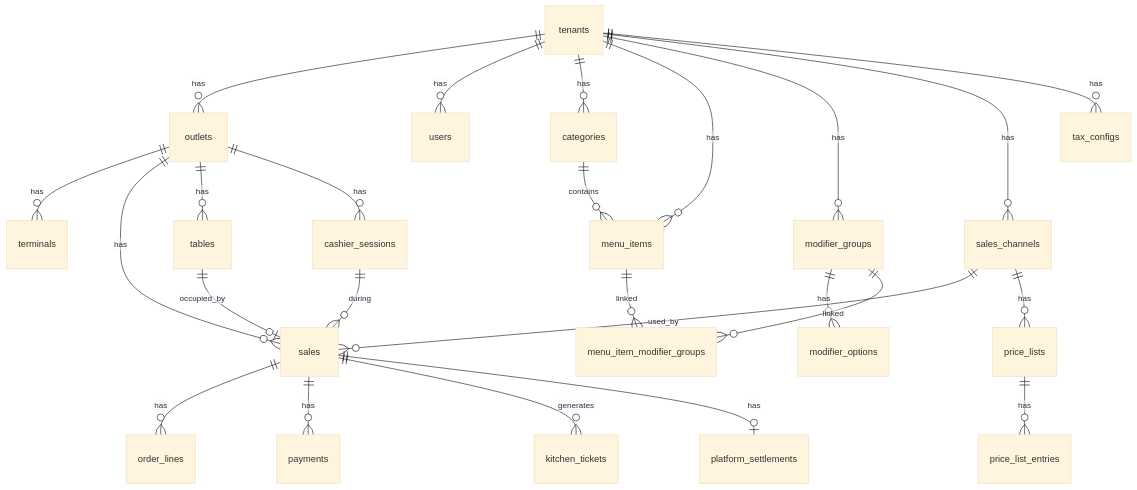
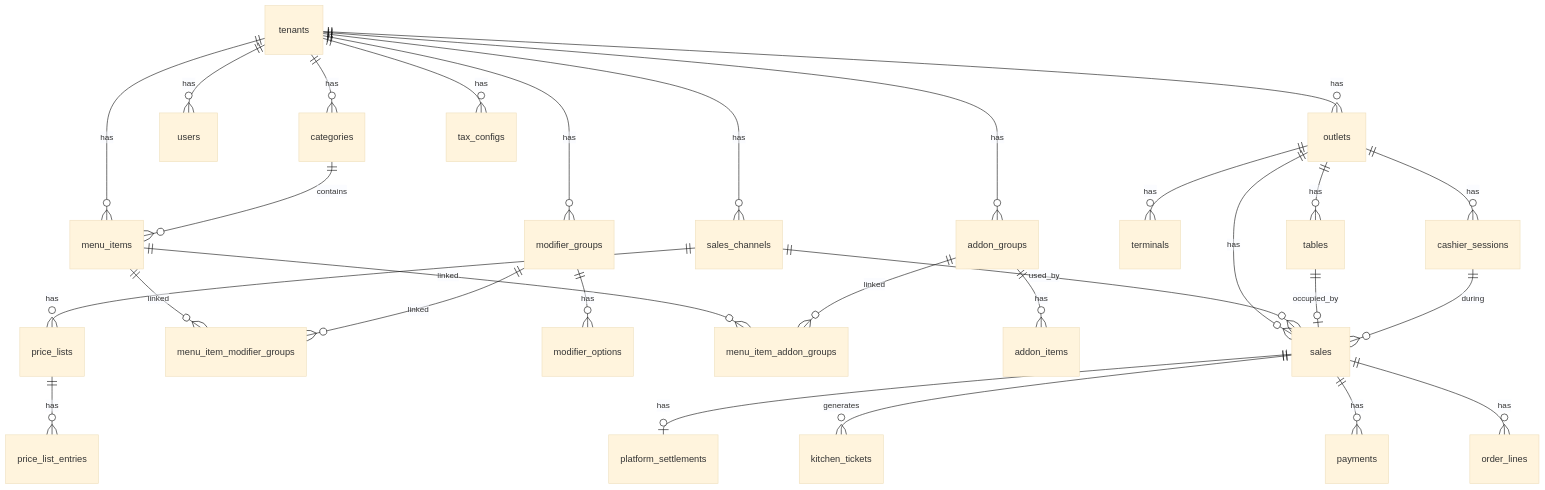
The diagram in docs/diagrams/data-01-er-diagram.mmd (vatoer/id.stargan.intikasirfnb), drawn with Mermaid (base theme) before and after one commit. The commit also changed 43 other files, not shown here.

```diff
--- a/docs/diagrams/data-01-er-diagram.mmd
+++ b/docs/diagrams/data-01-er-diagram.mmd
@@ -1,29 +1,33 @@
 erDiagram
     tenants ||--o{ outlets : has
     tenants ||--o{ users : has
     tenants ||--o{ categories : has
     tenants ||--o{ menu_items : has
     tenants ||--o{ modifier_groups : has
+    tenants ||--o{ addon_groups : has
     tenants ||--o{ sales_channels : has
     tenants ||--o{ tax_configs : has
 
     outlets ||--o{ terminals : has
     outlets ||--o{ sales : has
     outlets ||--o{ tables : has
     outlets ||--o{ cashier_sessions : has
 
     categories ||--o{ menu_items : contains
     menu_items ||--o{ menu_item_modifier_groups : linked
     modifier_groups ||--o{ modifier_options : has
     modifier_groups ||--o{ menu_item_modifier_groups : linked
+    menu_items ||--o{ menu_item_addon_groups : linked
+    addon_groups ||--o{ addon_items : has
+    addon_groups ||--o{ menu_item_addon_groups : linked
 
     sales ||--o{ order_lines : has
     sales ||--o{ payments : has
     sales ||--o{ kitchen_tickets : generates
     sales_channels ||--o{ sales : used_by
     sales_channels ||--o{ price_lists : has
     price_lists ||--o{ price_list_entries : has
 
     sales ||--o| platform_settlements : has
     tables ||--o| sales : occupied_by
     cashier_sessions ||--o{ sales : during
```
